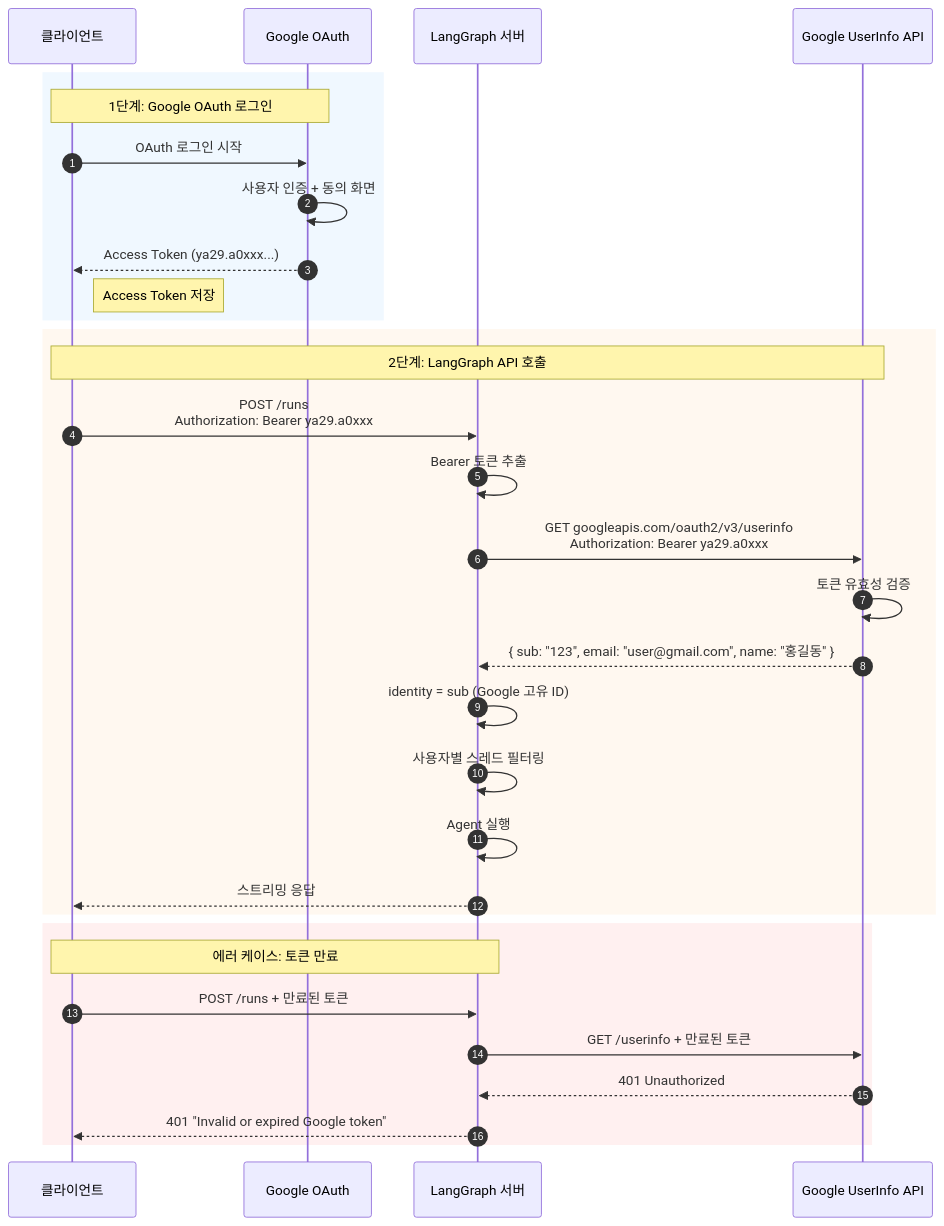
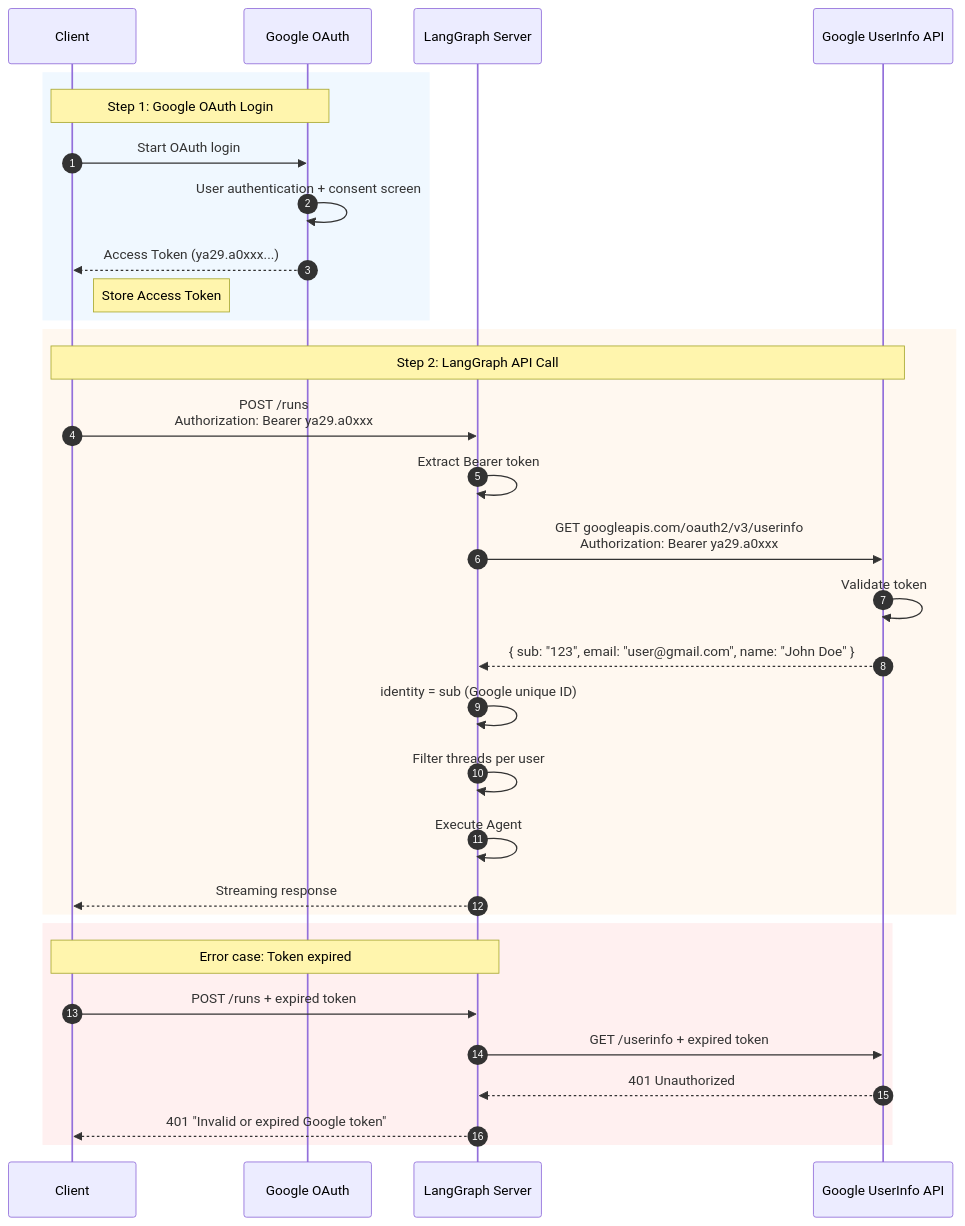
Before and after one commit to braincrew-lab/langgraph-chat-ui: the second of 7 diagrams in docs/04-OAUTH-DIRECT.md, drawn with Mermaid. The commit also changed other lines of this file and 24 other files, not shown here.

````diff
--- a/docs/04-OAUTH-DIRECT.md
+++ b/docs/04-OAUTH-DIRECT.md
@@ -73,37 +73,37 @@
 ```mermaid
 sequenceDiagram
     autonumber
-    participant Client as 클라이언트
+    participant Client as Client
     participant Google as Google OAuth
-    participant LangGraph as LangGraph 서버
+    participant LangGraph as LangGraph Server
     participant UserInfo as Google UserInfo API
 
     rect rgb(240, 248, 255)
-        Note over Client,Google: 1단계: Google OAuth 로그인
-        Client->>Google: OAuth 로그인 시작
-        Google->>Google: 사용자 인증 + 동의 화면
+        Note over Client,Google: Step 1: Google OAuth Login
+        Client->>Google: Start OAuth login
+        Google->>Google: User authentication + consent screen
         Google-->>Client: Access Token (ya29.a0xxx...)
-        Note right of Client: Access Token 저장
+        Note right of Client: Store Access Token
     end
 
     rect rgb(255, 248, 240)
-        Note over Client,UserInfo: 2단계: LangGraph API 호출
+        Note over Client,UserInfo: Step 2: LangGraph API Call
         Client->>LangGraph: POST /runs<br/>Authorization: Bearer ya29.a0xxx
-        LangGraph->>LangGraph: Bearer 토큰 추출
+        LangGraph->>LangGraph: Extract Bearer token
         LangGraph->>UserInfo: GET googleapis.com/oauth2/v3/userinfo<br/>Authorization: Bearer ya29.a0xxx
-        UserInfo->>UserInfo: 토큰 유효성 검증
-        UserInfo-->>LangGraph: { sub: "123", email: "user@gmail.com", name: "홍길동" }
-        LangGraph->>LangGraph: identity = sub (Google 고유 ID)
-        LangGraph->>LangGraph: 사용자별 스레드 필터링
-        LangGraph->>LangGraph: Agent 실행
-        LangGraph-->>Client: 스트리밍 응답
+        UserInfo->>UserInfo: Validate token
+        UserInfo-->>LangGraph: { sub: "123", email: "user@gmail.com", name: "John Doe" }
+        LangGraph->>LangGraph: identity = sub (Google unique ID)
+        LangGraph->>LangGraph: Filter threads per user
+        LangGraph->>LangGraph: Execute Agent
+        LangGraph-->>Client: Streaming response
     end
 
     rect rgb(255, 240, 240)
-        Note over Client,LangGraph: 에러 케이스: 토큰 만료
-        Client->>LangGraph: POST /runs + 만료된 토큰
-        LangGraph->>UserInfo: GET /userinfo + 만료된 토큰
+        Note over Client,LangGraph: Error case: Token expired
+        Client->>LangGraph: POST /runs + expired token
+        LangGraph->>UserInfo: GET /userinfo + expired token
         UserInfo-->>LangGraph: 401 Unauthorized
         LangGraph-->>Client: 401 "Invalid or expired Google token"
     end
 ```
````
